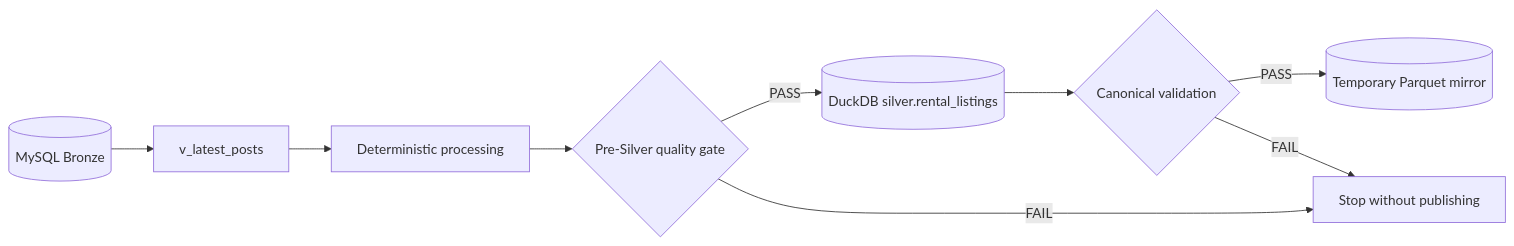
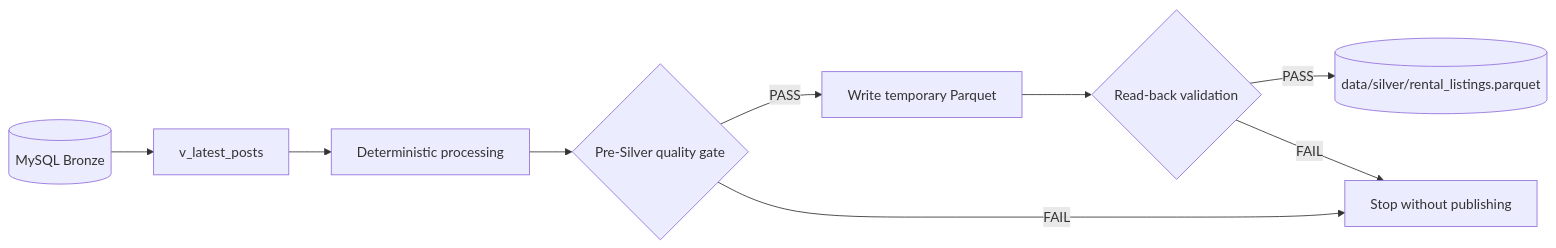
One commit to HauCoder2005/roombeacon-system changed the diagram in docs/analytics/SILVER_DATASET_PIPELINE.md. Above: the diagram before and after it, drawn with Mermaid. The commit also changed other lines of this file and 11 other files, not shown here.

````diff
--- a/docs/analytics/SILVER_DATASET_PIPELINE.md
+++ b/docs/analytics/SILVER_DATASET_PIPELINE.md
@@ -16,11 +15,11 @@
 ```mermaid
 flowchart LR
     B[(MySQL Bronze)] --> V[v_latest_posts]
     V --> P[Deterministic processing]
     P --> G{Pre-Silver quality gate}
-    G -->|PASS| S[(DuckDB silver.rental_listings)]
-    S --> Q{Canonical validation}
-    Q -->|PASS| M[(Temporary Parquet mirror)]
+    G -->|PASS| T[Write temporary Parquet]
+    T --> Q{Read-back validation}
+    Q -->|PASS| S[(data/silver/rental_listings.parquet)]
     G -->|FAIL| X[Stop without publishing]
     Q -->|FAIL| X
 ```
````
